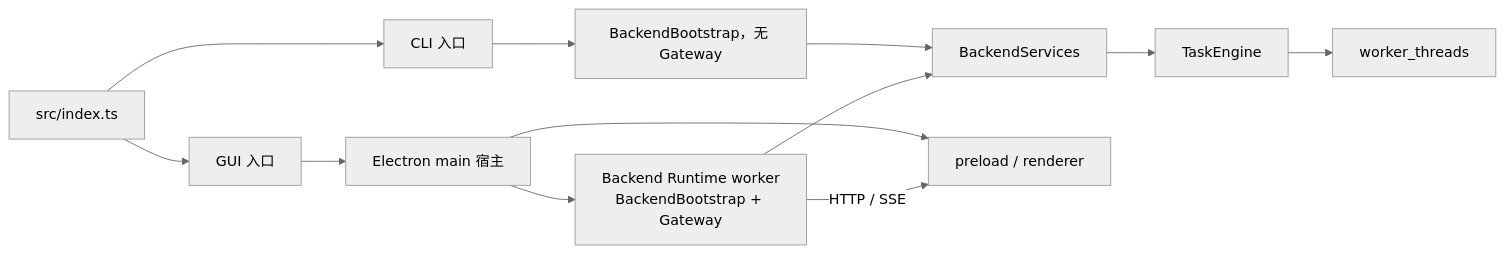
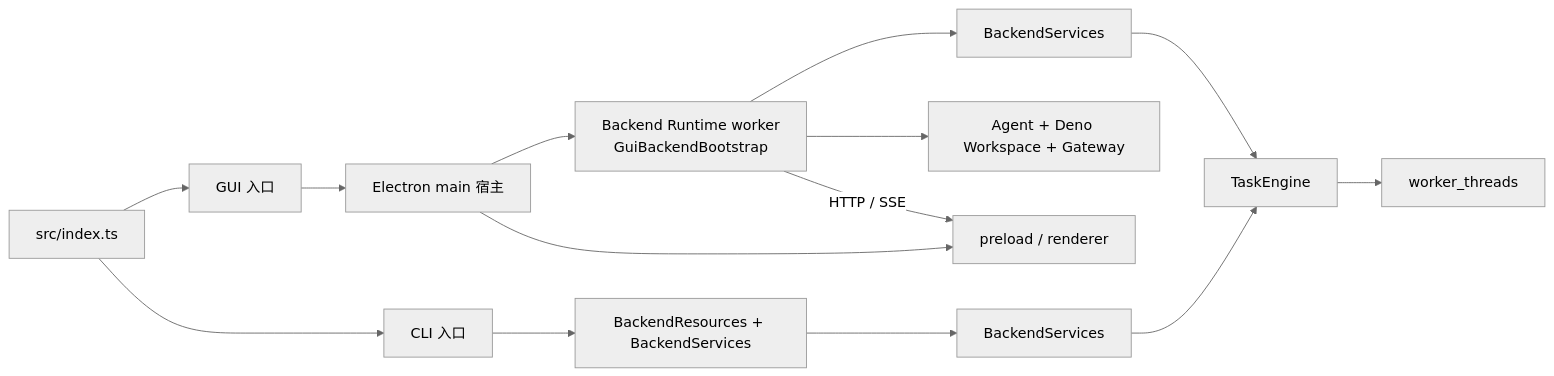
The diagram in docs/ARCHITECTURE.md (neavo/LinguaGacha), drawn with Mermaid (neutral theme) before and after one commit. The commit also changed other lines of this file and 127 other files, not shown here.

Commit message:
refactor(agent): 迁移工作区脚本至受控 Deno 运行时 #851

````diff
--- a/docs/ARCHITECTURE.md
+++ b/docs/ARCHITECTURE.md
@@ -26,14 +26,16 @@
 ```mermaid
 flowchart LR
     I["src/index.ts"] --> G["GUI 入口"]
     I --> C["CLI 入口"]
     G --> M["Electron main 宿主"]
-    M --> BG["Backend Runtime worker\nBackendBootstrap + Gateway"]
-    C --> BC["BackendBootstrap，无 Gateway"]
-    BG --> S["BackendServices"]
-    BC --> S
-    S --> E["TaskEngine"]
+    M --> BG["Backend Runtime worker\nGuiBackendBootstrap"]
+    C --> BC["BackendResources + BackendServices"]
+    BG --> GS["BackendServices"]
+    BG --> D["Agent + Deno Workspace + Gateway"]
+    BC --> CS["BackendServices"]
+    GS --> E["TaskEngine"]
+    CS --> E
     E --> W["worker_threads"]
     BG -->|"HTTP / SSE"| R["preload / renderer"]
     M --> R
 ```
````
